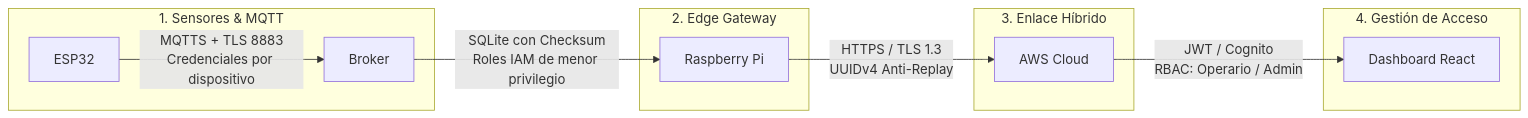
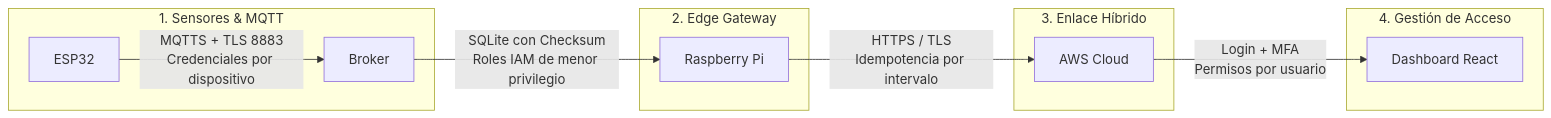
The third of 3 diagrams in README.md (Aburahamu20/Induplac), drawn with Mermaid before and after one commit. The commit also changed other lines of this file and 1 other file, not shown here.

````diff
--- a/README.md
+++ b/README.md
@@ -616,18 +623,18 @@
 ```mermaid
 flowchart LR
     subgraph C1["1. Sensores & MQTT"]
         ESP[ESP32] -->|MQTTS + TLS 8883<br/>Credenciales por dispositivo| Broker
     end
 
     subgraph C2["2. Edge Gateway"]
         Broker -->|SQLite con Checksum<br/>Roles IAM de menor privilegio| Edge[Raspberry Pi]
     end
 
     subgraph C3["3. Enlace Híbrido"]
-        Edge -->|HTTPS / TLS 1.3<br/>UUIDv4 Anti-Replay| AWS[AWS Cloud]
+        Edge -->|HTTPS / TLS<br/>Idempotencia por intervalo| AWS[AWS Cloud]
     end
 
     subgraph C4["4. Gestión de Acceso"]
-        AWS -->|JWT / Cognito<br/>RBAC: Operario / Admin| Dash[Dashboard React]
+        AWS -->|Login + MFA<br/>Permisos por usuario| Dash[Dashboard React]
     end
 ```
````
